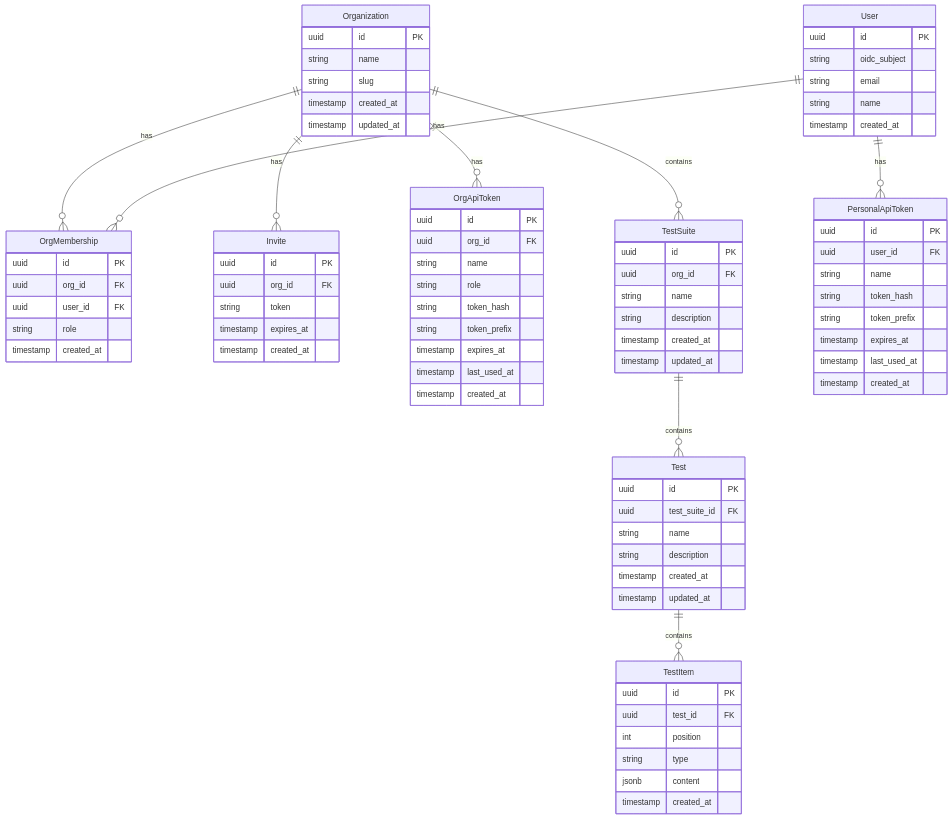
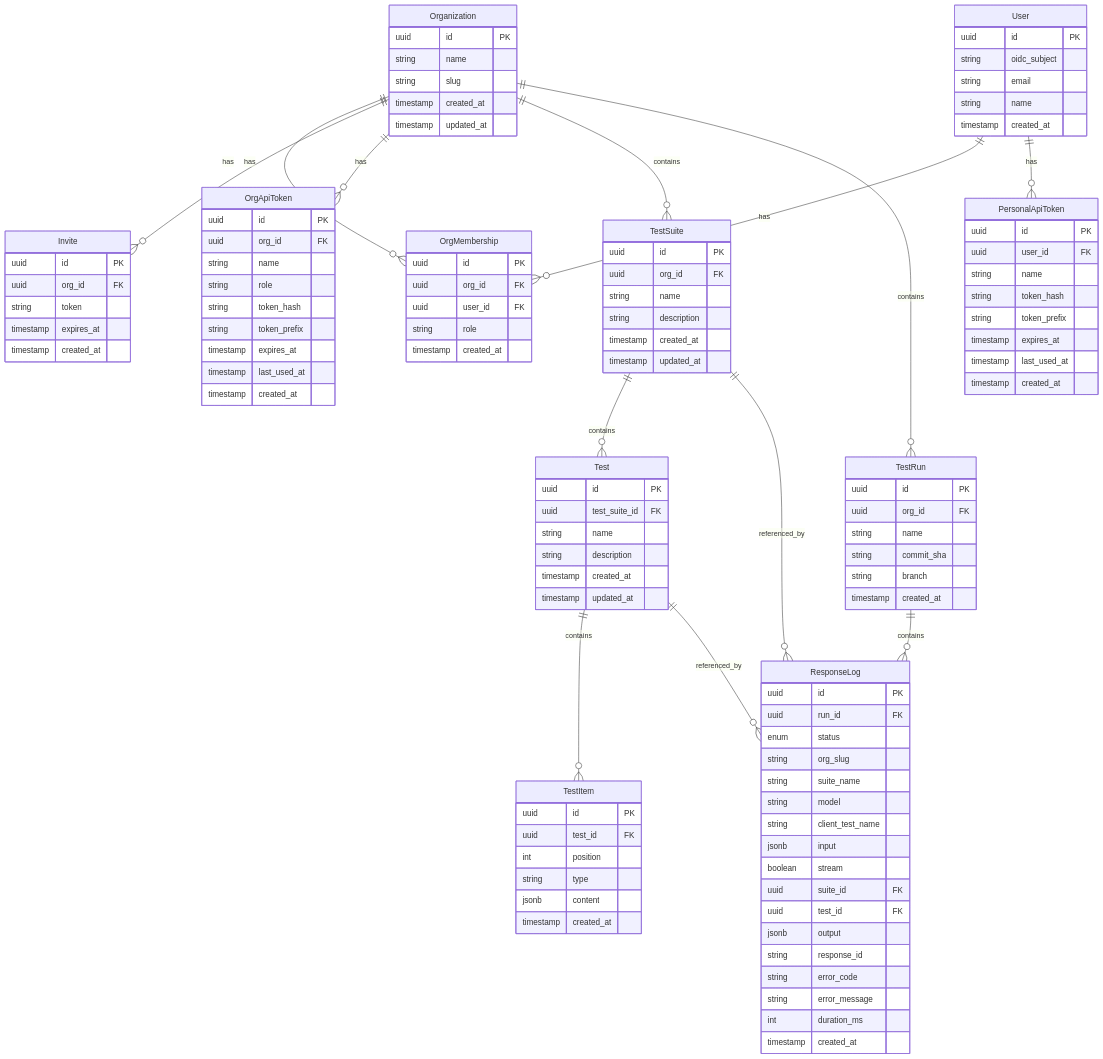
Before and after one commit to agynio/testllm: the diagram in docs/data-model.md, drawn with Mermaid. The commit also changed other lines of this file and 4 other files, not shown here.

````diff
--- a/docs/data-model.md
+++ b/docs/data-model.md
@@ -8,10 +8,14 @@
     Organization ||--o{ Invite : has
     Organization ||--o{ OrgApiToken : has
     Organization ||--o{ TestSuite : contains
+    Organization ||--o{ TestRun : contains
     User ||--o{ OrgMembership : has
     User ||--o{ PersonalApiToken : has
     TestSuite ||--o{ Test : contains
+    TestSuite ||--o{ ResponseLog : referenced_by
     Test ||--o{ TestItem : contains
+    Test ||--o{ ResponseLog : referenced_by
+    TestRun ||--o{ ResponseLog : contains
 
     Organization {
         uuid id PK
@@ -94,4 +98,33 @@
         jsonb content
         timestamp created_at
     }
+
+    TestRun {
+        uuid id PK
+        uuid org_id FK
+        string name
+        string commit_sha
+        string branch
+        timestamp created_at
+    }
+
+    ResponseLog {
+        uuid id PK
+        uuid run_id FK
+        enum status
+        string org_slug
+        string suite_name
+        string model
+        string client_test_name
+        jsonb input
+        boolean stream
+        uuid suite_id FK
+        uuid test_id FK
+        jsonb output
+        string response_id
+        string error_code
+        string error_message
+        int duration_ms
+        timestamp created_at
+    }
 ```
````
